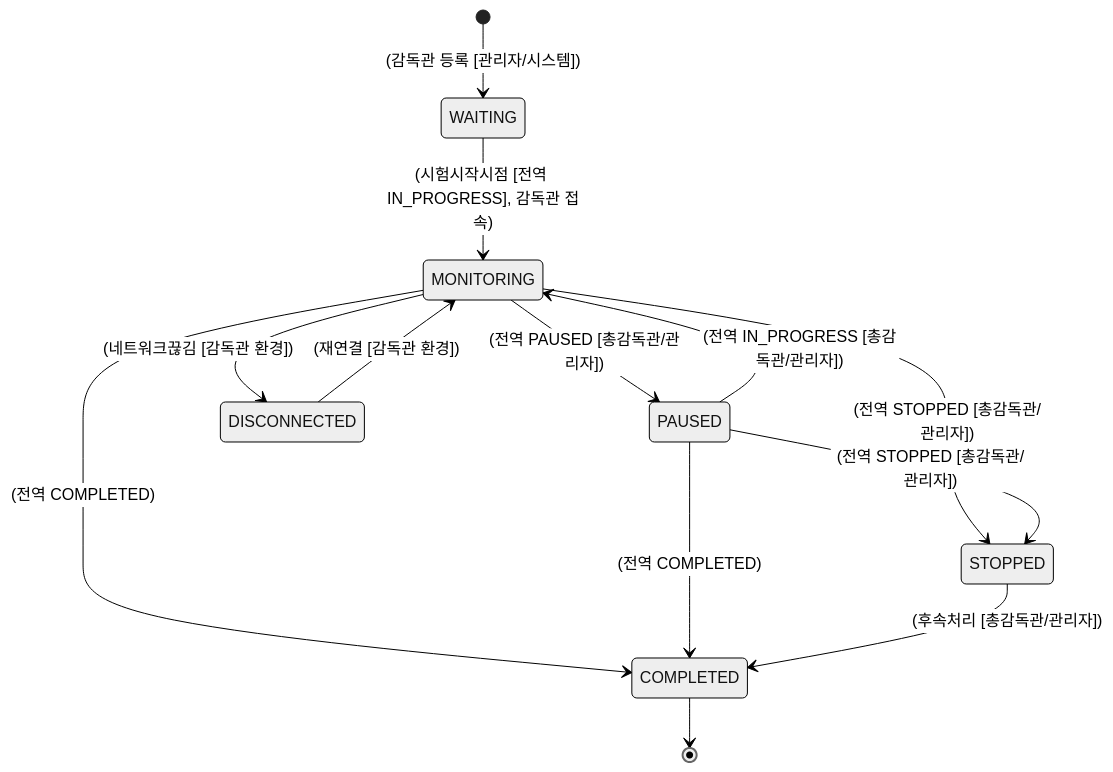
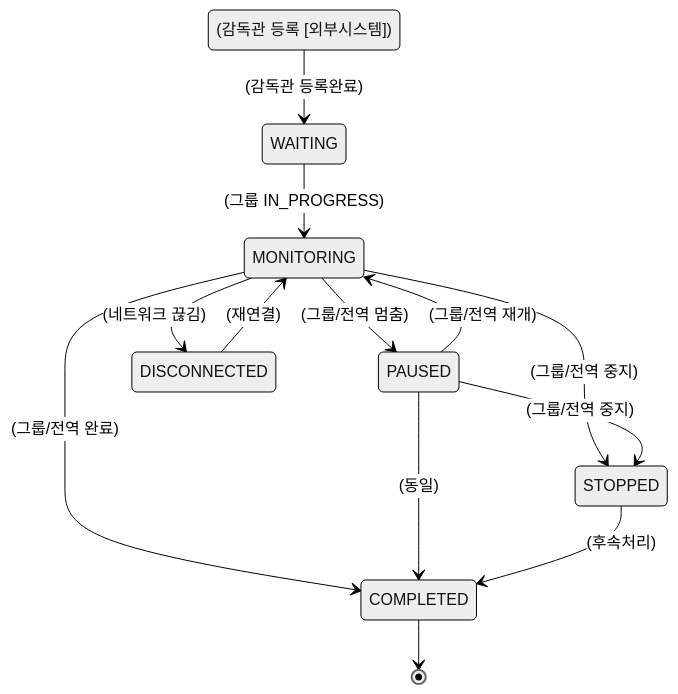
Before and after one commit to ldmrepo/exam-arch: the third of 5 diagrams in 시나리오/상태/상태 명세서.md, drawn with Mermaid (neutral theme). The commit also changed other lines of this file, not shown here.

````diff
--- a/시나리오/상태/상태 명세서.md
+++ b/시나리오/상태/상태 명세서.md
@@ -124,15 +120,18 @@
 ```mermaid
 stateDiagram-v2
-    [*] --> WAITING : (감독관 등록 [관리자/시스템])
-    WAITING --> MONITORING : (시험시작시점 [전역 IN_PROGRESS], 감독관 접속)
-    MONITORING --> PAUSED : (전역 PAUSED [총감독관/관리자])
-    PAUSED --> MONITORING : (전역 IN_PROGRESS [총감독관/관리자])
-    MONITORING --> STOPPED : (전역 STOPPED [총감독관/관리자])
-    PAUSED --> STOPPED : (전역 STOPPED [총감독관/관리자])
-    MONITORING --> COMPLETED : (전역 COMPLETED)
-    PAUSED --> COMPLETED : (전역 COMPLETED)
-    MONITORING --> DISCONNECTED : (네트워크끊김 [감독관 환경])
-    DISCONNECTED --> MONITORING : (재연결 [감독관 환경])
-    STOPPED --> COMPLETED : (후속처리 [총감독관/관리자])
+    %% 초기: PREPARING
+    PREPARING : (감독관 등록 [외부시스템])
+    PREPARING --> WAITING : (감독관 등록완료)
+
+    WAITING --> MONITORING : (그룹 IN_PROGRESS)
+    MONITORING --> PAUSED : (그룹/전역 멈춤)
+    PAUSED --> MONITORING : (그룹/전역 재개)
+    MONITORING --> STOPPED : (그룹/전역 중지)
+    PAUSED --> STOPPED : (그룹/전역 중지)
+    MONITORING --> COMPLETED : (그룹/전역 완료)
+    PAUSED --> COMPLETED : (동일)
+    MONITORING --> DISCONNECTED : (네트워크 끊김)
+    DISCONNECTED --> MONITORING : (재연결)
+    STOPPED --> COMPLETED : (후속처리)
     COMPLETED --> [*]
 ```
````
